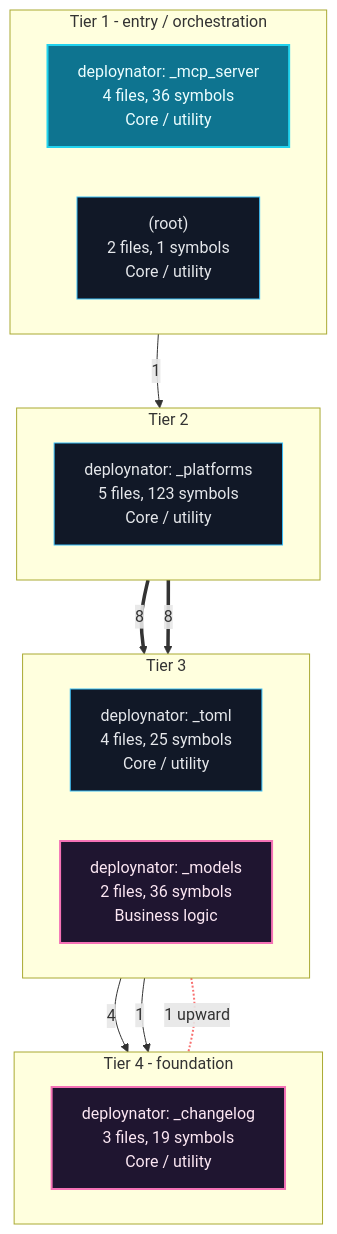
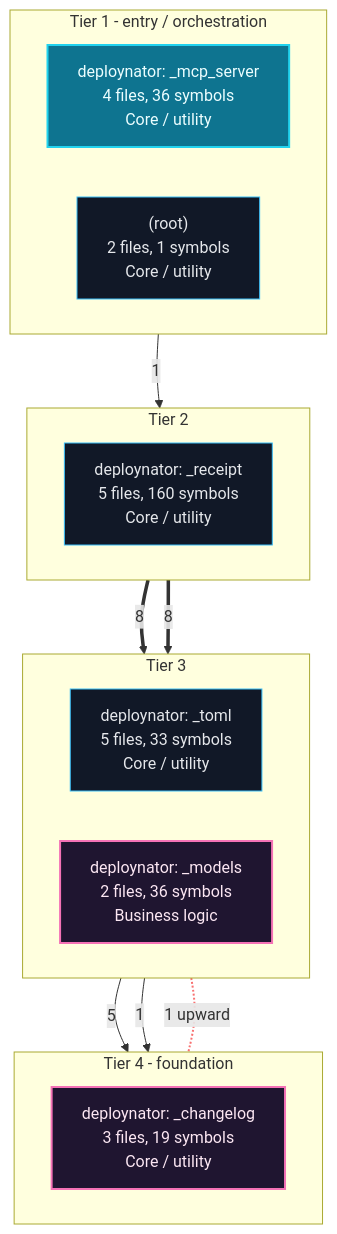
One commit to grisuno/deploynator changed the first of 9 diagrams in readmenator-apidocs/architecture.md. Above: the diagram before and after it, drawn with Mermaid. The commit also changed other lines of this file and 137 other files, not shown here.

````diff
--- a/readmenator-apidocs/architecture.md
+++ b/readmenator-apidocs/architecture.md
@@ -11,34 +11,34 @@
 ```mermaid
 flowchart TB
     classDef cycle fill:#1f1530,stroke:#f472b6,color:#fce7f3,stroke-width:2px;
     classDef default fill:#111827,stroke:#38bdf8,color:#e5e7eb;
     classDef entry fill:#0e7490,stroke:#22d3ee,color:#ecfeff,stroke-width:2px;
     subgraph lane_0["Tier 1 - entry / orchestration"]
         direction LR
         n_c1["deploynator: _mcp_server<br/>4 files, 36 symbols<br/>Core / utility"]:::entry
         n_d__root_["(root)<br/>2 files, 1 symbols<br/>Core / utility"]:::default
     end
     subgraph lane_1["Tier 2"]
         direction LR
-        n_c2["deploynator: _platforms<br/>5 files, 123 symbols<br/>Core / utility"]:::default
+        n_c2["deploynator: _receipt<br/>5 files, 160 symbols<br/>Core / utility"]:::default
     end
     subgraph lane_2["Tier 3"]
         direction LR
-        n_c0["deploynator: _toml<br/>4 files, 25 symbols<br/>Core / utility"]:::default
+        n_c0["deploynator: _toml<br/>5 files, 33 symbols<br/>Core / utility"]:::default
         n_c3["deploynator: _models<br/>2 files, 36 symbols<br/>Business logic"]:::cycle
     end
     subgraph lane_3["Tier 4 - foundation"]
         direction LR
         n_c4["deploynator: _changelog<br/>3 files, 19 symbols<br/>Core / utility"]:::cycle
     end
-    n_c0 -->|"4"| n_c4
+    n_c0 -->|"5"| n_c4
     n_c1 -->|"1"| n_c2
     n_c2 ==>|"8"| n_c0
     n_c2 ==>|"8"| n_c3
     n_c3 -->|"1"| n_c4
     n_c3 <-.-|"1 upward"| n_c4
     linkStyle 5 stroke:#f87171,stroke-width:2px;
     n_c1 ~~~ n_c2
     n_c2 ~~~ n_c0
     n_c0 ~~~ n_c4
 ```
````
